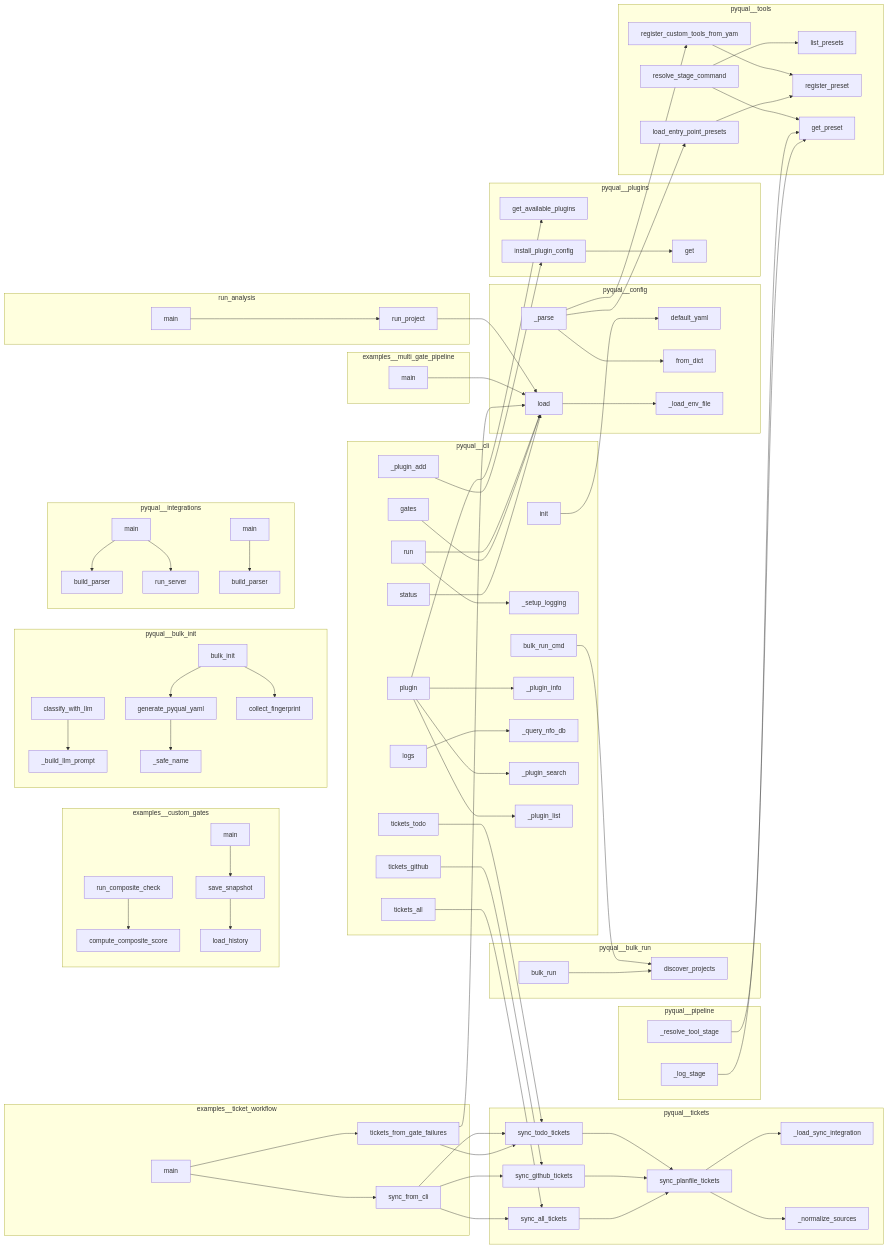
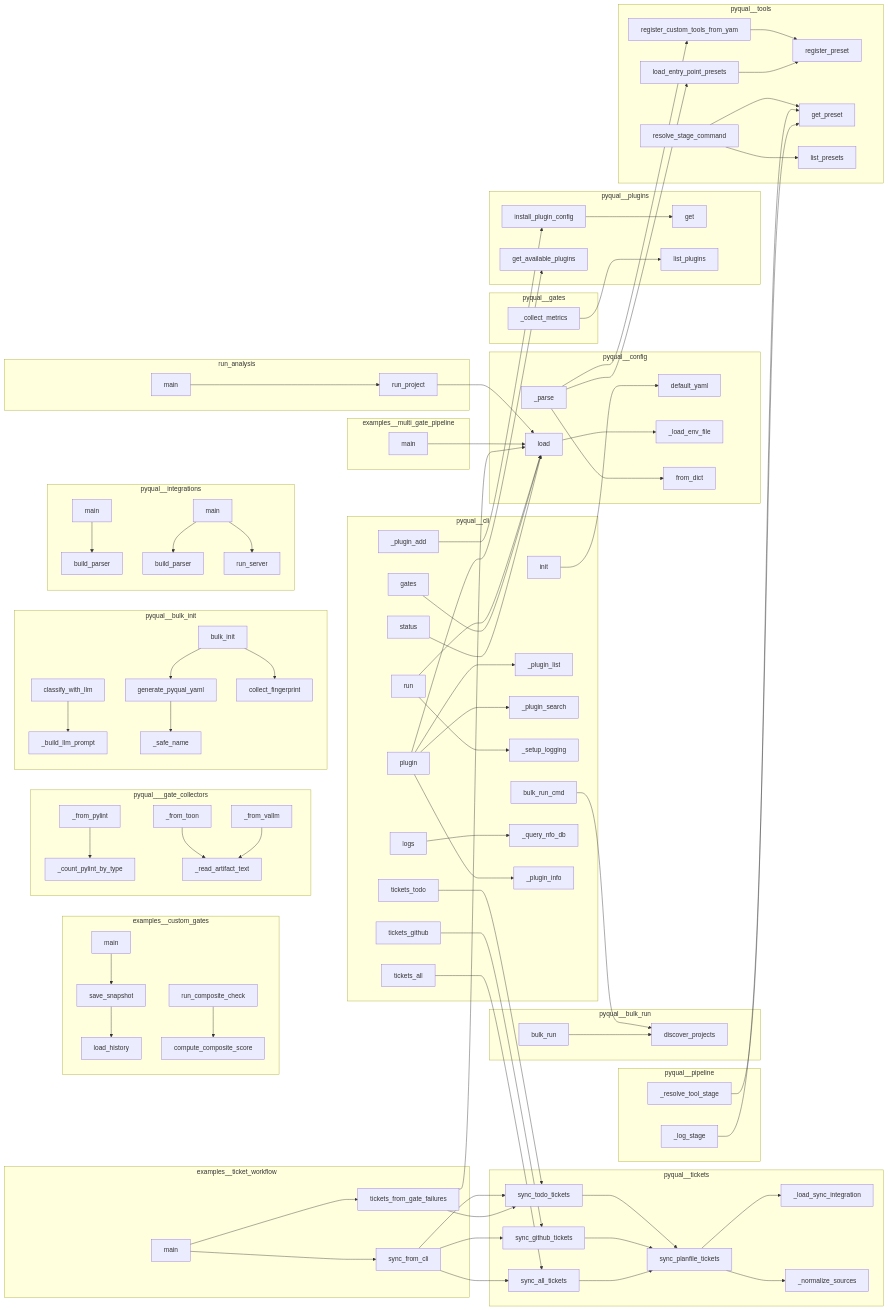
The diagram in project/calls.mmd (semcod/pyqual), drawn with Mermaid before and after one commit. The commit also changed 28 other files, not shown here.

```diff
--- a/project/calls.mmd
+++ b/project/calls.mmd
@@ -1,141 +1,156 @@
 flowchart LR
     subgraph examples__custom_gates
+        examples__custom_gates__composite_gates__run_composite_check["run_composite_check"]
+        examples__custom_gates__composite_gates__compute_composite_score["compute_composite_score"]
         examples__custom_gates__metric_history__save_snapshot["save_snapshot"]
-        examples__custom_gates__composite_gates__run_composite_check["run_composite_check"]
         examples__custom_gates__metric_history__main["main"]
-        examples__custom_gates__composite_gates__compute_composite_score["compute_composite_score"]
         examples__custom_gates__metric_history__load_history["load_history"]
     end
     subgraph examples__multi_gate_pipeline
         examples__multi_gate_pipeline__run_pipeline__main["main"]
     end
     subgraph examples__ticket_workflow
         examples__ticket_workflow__sync_tickets__tickets_from_gate_failures["tickets_from_gate_failures"]
+        examples__ticket_workflow__sync_tickets__main["main"]
         examples__ticket_workflow__sync_tickets__sync_from_cli["sync_from_cli"]
-        examples__ticket_workflow__sync_tickets__main["main"]
+    end
+    subgraph pyqual___gate_collectors
+        pyqual___gate_collectors___count_pylint_by_type["_count_pylint_by_type"]
+        pyqual___gate_collectors___read_artifact_text["_read_artifact_text"]
+        pyqual___gate_collectors___from_toon["_from_toon"]
+        pyqual___gate_collectors___from_vallm["_from_vallm"]
+        pyqual___gate_collectors___from_pylint["_from_pylint"]
     end
     subgraph pyqual__bulk_init
         pyqual__bulk_init__bulk_init["bulk_init"]
+        pyqual__bulk_init__classify_with_llm["classify_with_llm"]
         pyqual__bulk_init___build_llm_prompt["_build_llm_prompt"]
-        pyqual__bulk_init__classify_with_llm["classify_with_llm"]
+        pyqual__bulk_init__generate_pyqual_yaml["generate_pyqual_yaml"]
         pyqual__bulk_init__collect_fingerprint["collect_fingerprint"]
-        pyqual__bulk_init__generate_pyqual_yaml["generate_pyqual_yaml"]
         pyqual__bulk_init___safe_name["_safe_name"]
     end
     subgraph pyqual__bulk_run
+        pyqual__bulk_run__bulk_run["bulk_run"]
         pyqual__bulk_run__discover_projects["discover_projects"]
-        pyqual__bulk_run__bulk_run["bulk_run"]
     end
     subgraph pyqual__cli
+        pyqual__cli___plugin_add["_plugin_add"]
+        pyqual__cli__gates["gates"]
+        pyqual__cli__bulk_run_cmd["bulk_run_cmd"]
+        pyqual__cli__run["run"]
+        pyqual__cli__tickets_github["tickets_github"]
+        pyqual__cli__logs["logs"]
+        pyqual__cli__tickets_all["tickets_all"]
+        pyqual__cli___plugin_list["_plugin_list"]
+        pyqual__cli__plugin["plugin"]
+        pyqual__cli___plugin_search["_plugin_search"]
+        pyqual__cli___setup_logging["_setup_logging"]
+        pyqual__cli__tickets_todo["tickets_todo"]
+        pyqual__cli__init["init"]
         pyqual__cli__status["status"]
-        pyqual__cli__bulk_run_cmd["bulk_run_cmd"]
-        pyqual__cli___setup_logging["_setup_logging"]
-        pyqual__cli__tickets_github["tickets_github"]
-        pyqual__cli__tickets_todo["tickets_todo"]
-        pyqual__cli__logs["logs"]
-        pyqual__cli__gates["gates"]
-        pyqual__cli__init["init"]
-        pyqual__cli___plugin_add["_plugin_add"]
+        pyqual__cli___query_nfo_db["_query_nfo_db"]
         pyqual__cli___plugin_info["_plugin_info"]
-        pyqual__cli__run["run"]
-        pyqual__cli___query_nfo_db["_query_nfo_db"]
-        pyqual__cli__plugin["plugin"]
-        pyqual__cli__tickets_all["tickets_all"]
-        pyqual__cli___plugin_search["_plugin_search"]
-        pyqual__cli___plugin_list["_plugin_list"]
     end
     subgraph pyqual__config
         pyqual__config__PyqualConfig__load["load"]
+        pyqual__config__PyqualConfig__default_yaml["default_yaml"]
         pyqual__config__PyqualConfig___parse["_parse"]
-        pyqual__config__PyqualConfig__default_yaml["default_yaml"]
+        pyqual__config___load_env_file["_load_env_file"]
         pyqual__config__GateConfig__from_dict["from_dict"]
-        pyqual__config___load_env_file["_load_env_file"]
+    end
+    subgraph pyqual__gates
+        pyqual__gates__GateSet___collect_metrics["_collect_metrics"]
     end
     subgraph pyqual__integrations
+        pyqual__integrations__llx_mcp_service__build_parser["build_parser"]
+        pyqual__integrations__llx_mcp__build_parser["build_parser"]
         pyqual__integrations__llx_mcp__main["main"]
         pyqual__integrations__llx_mcp_service__main["main"]
-        pyqual__integrations__llx_mcp_service__build_parser["build_parser"]
-        pyqual__integrations__llx_mcp__build_parser["build_parser"]
         pyqual__integrations__llx_mcp_service__run_server["run_server"]
     end
     subgraph pyqual__pipeline
+        pyqual__pipeline__Pipeline___resolve_tool_stage["_resolve_tool_stage"]
         pyqual__pipeline__Pipeline___log_stage["_log_stage"]
-        pyqual__pipeline__Pipeline___resolve_tool_stage["_resolve_tool_stage"]
     end
     subgraph pyqual__plugins
+        pyqual__plugins__install_plugin_config["install_plugin_config"]
+        pyqual__plugins__PluginRegistry__get["get"]
+        pyqual__plugins__PluginRegistry__list_plugins["list_plugins"]
         pyqual__plugins__get_available_plugins["get_available_plugins"]
-        pyqual__plugins__PluginRegistry__get["get"]
-        pyqual__plugins__install_plugin_config["install_plugin_config"]
     end
     subgraph pyqual__tickets
+        pyqual__tickets__sync_github_tickets["sync_github_tickets"]
         pyqual__tickets___load_sync_integration["_load_sync_integration"]
+        pyqual__tickets___normalize_sources["_normalize_sources"]
+        pyqual__tickets__sync_todo_tickets["sync_todo_tickets"]
+        pyqual__tickets__sync_planfile_tickets["sync_planfile_tickets"]
         pyqual__tickets__sync_all_tickets["sync_all_tickets"]
-        pyqual__tickets__sync_todo_tickets["sync_todo_tickets"]
-        pyqual__tickets__sync_github_tickets["sync_github_tickets"]
-        pyqual__tickets___normalize_sources["_normalize_sources"]
-        pyqual__tickets__sync_planfile_tickets["sync_planfile_tickets"]
     end
     subgraph pyqual__tools
+        pyqual__tools__register_preset["register_preset"]
+        pyqual__tools__resolve_stage_command["resolve_stage_command"]
         pyqual__tools__register_custom_tools_from_yaml["register_custom_tools_from_yam"]
+        pyqual__tools__get_preset["get_preset"]
         pyqual__tools__list_presets["list_presets"]
-        pyqual__tools__register_preset["register_preset"]
         pyqual__tools__load_entry_point_presets["load_entry_point_presets"]
-        pyqual__tools__get_preset["get_preset"]
-        pyqual__tools__resolve_stage_command["resolve_stage_command"]
     end
     subgraph run_analysis
+        run_analysis__run_project["run_project"]
         run_analysis__main["main"]
-        run_analysis__run_project["run_project"]
     end
     run_analysis__run_project --> pyqual__config__PyqualConfig__load
     run_analysis__main --> run_analysis__run_project
+    pyqual__plugins__install_plugin_config --> pyqual__plugins__PluginRegistry__get
     pyqual__config__PyqualConfig__load --> pyqual__config___load_env_file
     pyqual__config__PyqualConfig___parse --> pyqual__tools__load_entry_point_presets
     pyqual__config__PyqualConfig___parse --> pyqual__tools__register_custom_tools_from_yaml
     pyqual__config__PyqualConfig___parse --> pyqual__config__GateConfig__from_dict
     pyqual__tools__register_custom_tools_from_yaml --> pyqual__tools__register_preset
     pyqual__tools__load_entry_point_presets --> pyqual__tools__register_preset
     pyqual__tools__resolve_stage_command --> pyqual__tools__get_preset
     pyqual__tools__resolve_stage_command --> pyqual__tools__list_presets
+    pyqual__gates__GateSet___collect_metrics --> pyqual__plugins__PluginRegistry__list_plugins
+    pyqual__tickets__sync_planfile_tickets --> pyqual__tickets___load_sync_integration
+    pyqual__tickets__sync_planfile_tickets --> pyqual__tickets___normalize_sources
+    pyqual__tickets__sync_todo_tickets --> pyqual__tickets__sync_planfile_tickets
+    pyqual__tickets__sync_github_tickets --> pyqual__tickets__sync_planfile_tickets
+    pyqual__tickets__sync_all_tickets --> pyqual__tickets__sync_planfile_tickets
     pyqual__cli__init --> pyqual__config__PyqualConfig__default_yaml
     pyqual__cli__bulk_run_cmd --> pyqual__bulk_run__discover_projects
     pyqual__cli__run --> pyqual__cli___setup_logging
     pyqual__cli__run --> pyqual__config__PyqualConfig__load
     pyqual__cli__gates --> pyqual__config__PyqualConfig__load
     pyqual__cli__status --> pyqual__config__PyqualConfig__load
     pyqual__cli__tickets_todo --> pyqual__tickets__sync_todo_tickets
     pyqual__cli__tickets_github --> pyqual__tickets__sync_github_tickets
     pyqual__cli__tickets_all --> pyqual__tickets__sync_all_tickets
     pyqual__cli___plugin_add --> pyqual__plugins__install_plugin_config
     pyqual__cli__plugin --> pyqual__plugins__get_available_plugins
     pyqual__cli__plugin --> pyqual__cli___plugin_list
     pyqual__cli__plugin --> pyqual__cli___plugin_search
     pyqual__cli__plugin --> pyqual__cli___plugin_info
     pyqual__cli__logs --> pyqual__cli___query_nfo_db
-    pyqual__plugins__install_plugin_config --> pyqual__plugins__PluginRegistry__get
-    pyqual__tickets__sync_planfile_tickets --> pyqual__tickets___load_sync_integration
-    pyqual__tickets__sync_planfile_tickets --> pyqual__tickets___normalize_sources
-    pyqual__tickets__sync_todo_tickets --> pyqual__tickets__sync_planfile_tickets
-    pyqual__tickets__sync_github_tickets --> pyqual__tickets__sync_planfile_tickets
-    pyqual__tickets__sync_all_tickets --> pyqual__tickets__sync_planfile_tickets
+    pyqual___gate_collectors___from_toon --> pyqual___gate_collectors___read_artifact_text
+    pyqual___gate_collectors___from_vallm --> pyqual___gate_collectors___read_artifact_text
+    pyqual___gate_collectors___from_pylint --> pyqual___gate_collectors___count_pylint_by_type
+    pyqual__pipeline__Pipeline___resolve_tool_stage --> pyqual__tools__get_preset
+    pyqual__pipeline__Pipeline___log_stage --> pyqual__tools__get_preset
+    pyqual__integrations__llx_mcp__main --> pyqual__integrations__llx_mcp__build_parser
     pyqual__integrations__llx_mcp_service__main --> pyqual__integrations__llx_mcp_service__build_parser
     pyqual__integrations__llx_mcp_service__main --> pyqual__integrations__llx_mcp_service__run_server
-    pyqual__bulk_init__classify_with_llm --> pyqual__bulk_init___build_llm_prompt
-    pyqual__bulk_init__generate_pyqual_yaml --> pyqual__bulk_init___safe_name
-    pyqual__bulk_init__bulk_init --> pyqual__bulk_init__collect_fingerprint
-    pyqual__bulk_init__bulk_init --> pyqual__bulk_init__generate_pyqual_yaml
-    pyqual__integrations__llx_mcp__main --> pyqual__integrations__llx_mcp__build_parser
-    examples__custom_gates__composite_gates__run_composite_check --> examples__custom_gates__composite_gates__compute_composite_score
     examples__custom_gates__metric_history__save_snapshot --> examples__custom_gates__metric_history__load_history
     examples__custom_gates__metric_history__main --> examples__custom_gates__metric_history__save_snapshot
+    examples__custom_gates__composite_gates__run_composite_check --> examples__custom_gates__composite_gates__compute_composite_score
     examples__multi_gate_pipeline__run_pipeline__main --> pyqual__config__PyqualConfig__load
     examples__ticket_workflow__sync_tickets__sync_from_cli --> pyqual__tickets__sync_github_tickets
     examples__ticket_workflow__sync_tickets__sync_from_cli --> pyqual__tickets__sync_all_tickets
     examples__ticket_workflow__sync_tickets__sync_from_cli --> pyqual__tickets__sync_todo_tickets
     examples__ticket_workflow__sync_tickets__tickets_from_gate_failures --> pyqual__config__PyqualConfig__load
     examples__ticket_workflow__sync_tickets__tickets_from_gate_failures --> pyqual__tickets__sync_todo_tickets
     examples__ticket_workflow__sync_tickets__main --> examples__ticket_workflow__sync_tickets__sync_from_cli
     examples__ticket_workflow__sync_tickets__main --> examples__ticket_workflow__sync_tickets__tickets_from_gate_failures
-    pyqual__pipeline__Pipeline___resolve_tool_stage --> pyqual__tools__get_preset
-    pyqual__pipeline__Pipeline___log_stage --> pyqual__tools__get_preset
+    pyqual__bulk_init__classify_with_llm --> pyqual__bulk_init___build_llm_prompt
+    pyqual__bulk_init__generate_pyqual_yaml --> pyqual__bulk_init___safe_name
+    pyqual__bulk_init__bulk_init --> pyqual__bulk_init__collect_fingerprint
+    pyqual__bulk_init__bulk_init --> pyqual__bulk_init__generate_pyqual_yaml
     pyqual__bulk_run__bulk_run --> pyqual__bulk_run__discover_projects
```
